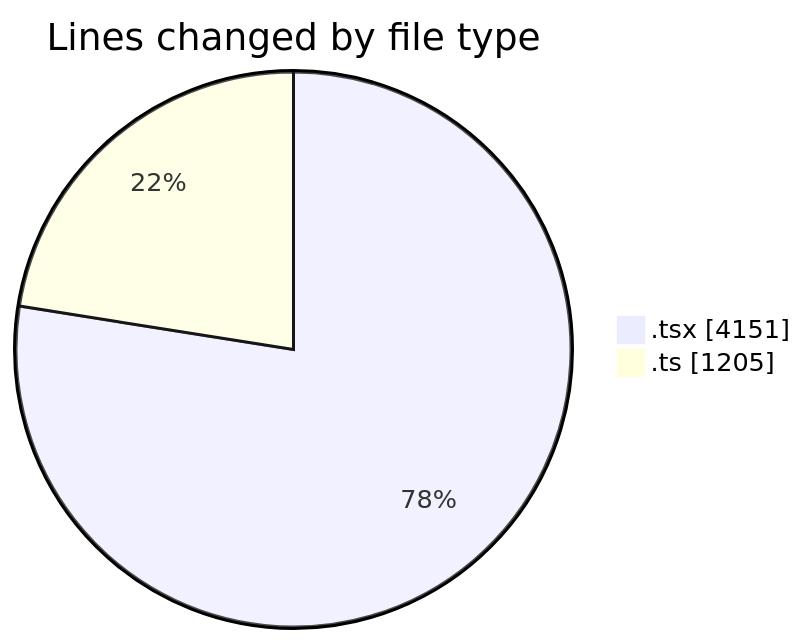
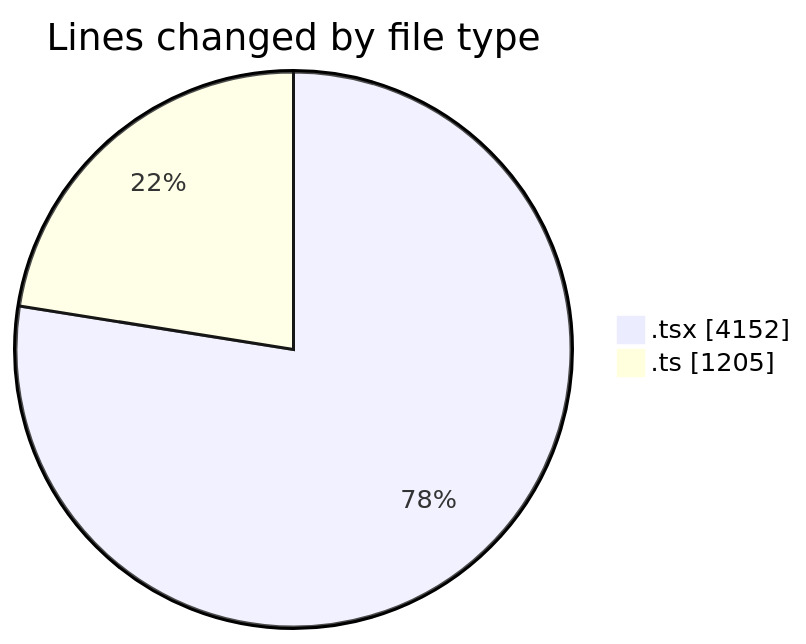
Before and after one commit to nxtqubesakshisongat/code-tracking: the first of 2 diagrams in 2026-02-18/nxtqube_webapp/README.md, drawn with Mermaid. The commit also changed other lines of this file and 1 other file, not shown here.

````diff
--- a/2026-02-18/nxtqube_webapp/README.md
+++ b/2026-02-18/nxtqube_webapp/README.md
@@ -29,6 +29,6 @@
 ```mermaid
 pie showData
 title Lines changed by file type
-".tsx" : 4151
+".tsx" : 4152
 ".ts" : 1205
 ```
````
